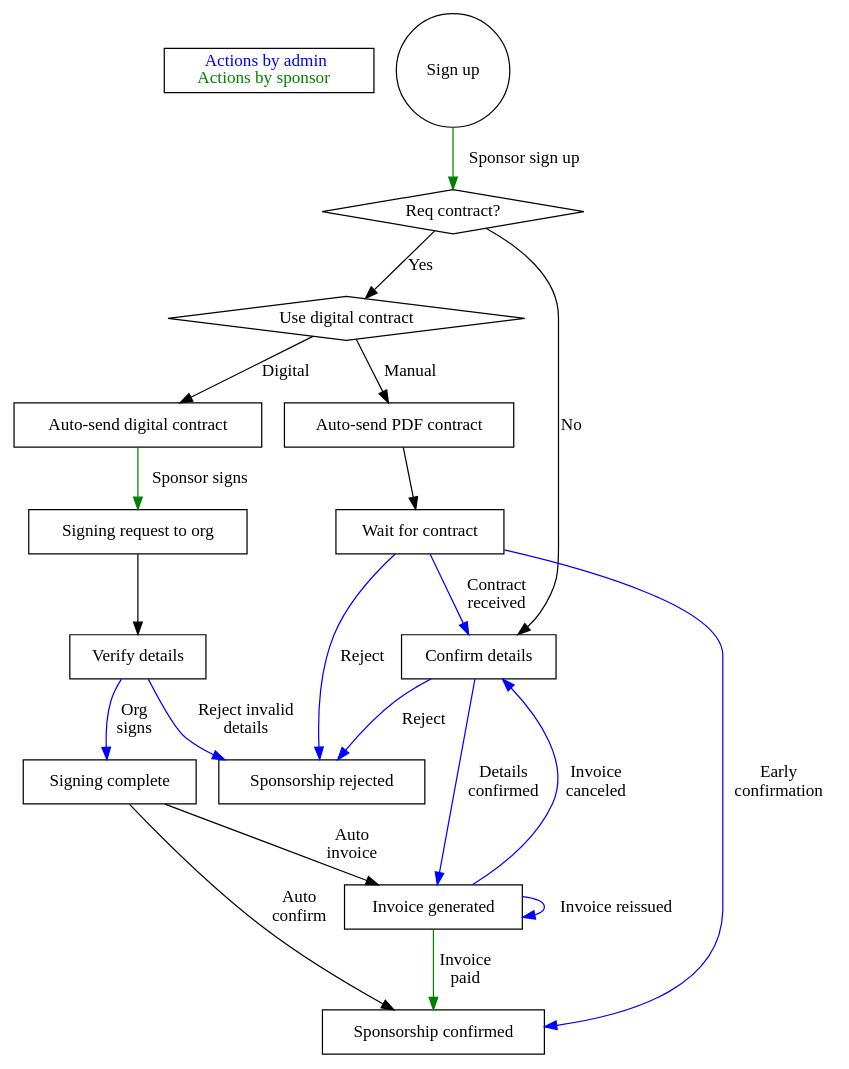
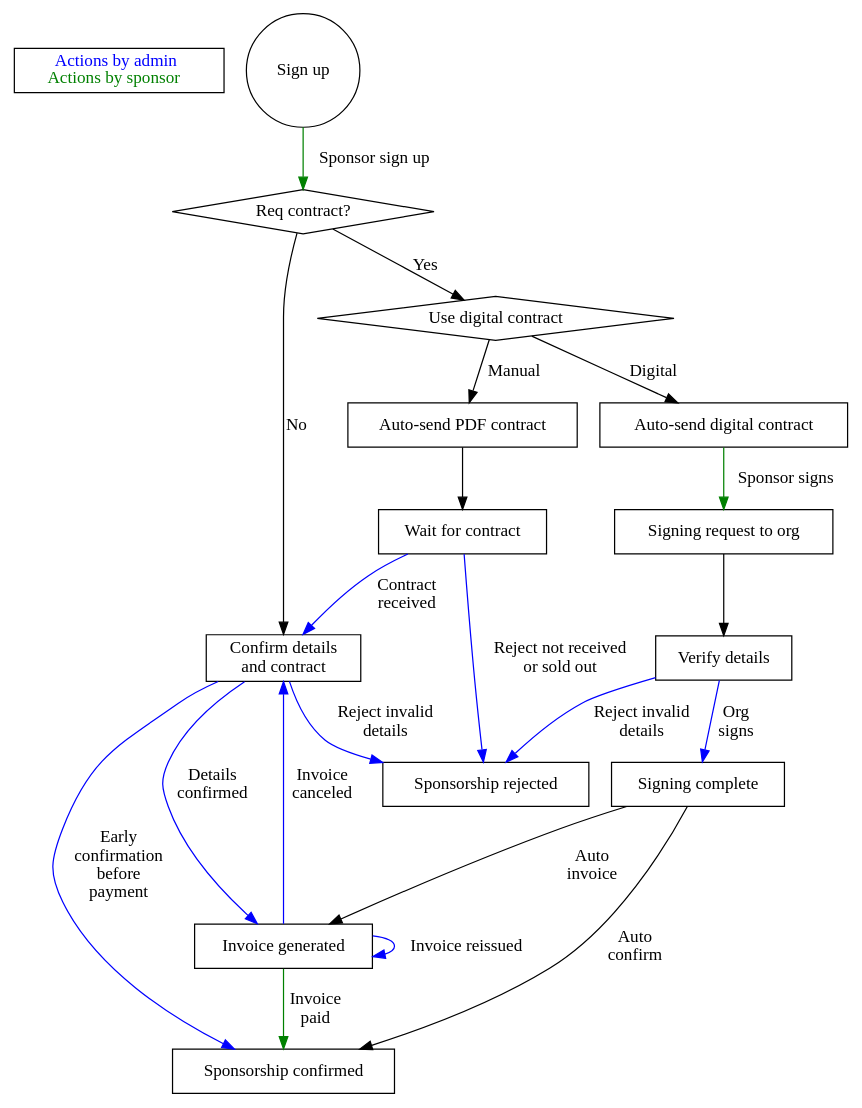
Before and after one commit to pgeu/pgeu-system: the diagram in docs/confreg/graphs/sponsorsignup.dot, drawn with Graphviz. The commit also changed 1 other file, not shown here.

Commit message:
Improve some descriptions in sponsorship flowchart
Also attach the "early confirmation" line to the correct box, which is
after the sponsor details have been verified.

```diff
--- a/docs/confreg/graphs/sponsorsignup.dot
+++ b/docs/confreg/graphs/sponsorsignup.dot
@@ -1,44 +1,44 @@
 digraph sponsorsignup {
 	subgraph legend {
 		key[shape=box, label=<
 		    <font color="blue">Actions by admin</font><br/>
 		    <font color="green">Actions by sponsor</font><br/>
 		>, labeljust="l"]
 	}
 
 	start[shape=circle label="Sign up"];
 	type[shape=diamond label="Req contract?"];
-	confirm[shape=box label="Confirm details"];
+	confirm[shape=box label="Confirm details\nand contract"];
 	invoice[shape=box label="Invoice generated"];
 	typeofcontract[shape=diamond label="Use digital contract"];
 	manualpdf[shape=box label="Auto-send PDF contract"];
 	digitalcontract[shape=box label="Auto-send digital contract"];
 	digitaltoorg[shape=box label="Signing request to org"];
 	verifydetails[shape=box label="Verify details"];
 	signcomplete[shape=box label="Signing complete"];
 	contract[shape=box label="Wait for contract"];
 	confirmed[shape=box label="Sponsorship confirmed"];
 	rejected[shape=box label="Sponsorship rejected"];
 
 	start -> type [label="Sponsor sign up", color=green];
 	type -> typeofcontract [label="Yes"];
 	type -> confirm [label="No"];
 	typeofcontract -> manualpdf [label="Manual"]
 	typeofcontract -> digitalcontract [label="Digital"]
 	digitalcontract -> digitaltoorg [label="Sponsor signs", color=green]
 	digitaltoorg -> verifydetails
 	verifydetails -> rejected [label="Reject invalid\ndetails", color=blue]
 	verifydetails -> signcomplete [label="Org\nsigns", color=blue]
 	signcomplete -> confirmed [label="Auto\nconfirm"]
 	signcomplete->invoice [label="Auto\ninvoice"]
 	manualpdf -> contract;
 	confirm -> invoice [label="Details\nconfirmed", color=blue];
 	contract -> confirm [label="Contract\nreceived", color=blue];
-	contract -> confirmed [label="Early\nconfirmation", color=blue];
+	confirm -> confirmed [label="Early\nconfirmation\nbefore\npayment", color=blue];
 	invoice -> confirmed [label="Invoice\npaid", color=green];
 	invoice -> confirm [label="Invoice\ncanceled", color=blue];
-	confirm -> rejected [label="Reject", color=blue];
-	contract -> rejected [label="Reject", color=blue];
+	confirm -> rejected [label="Reject invalid\ndetails", color=blue];
+	contract -> rejected [label="Reject not received\nor sold out", color=blue];
 
 	invoice -> invoice [label="Invoice reissued", color=blue];
 }
```
